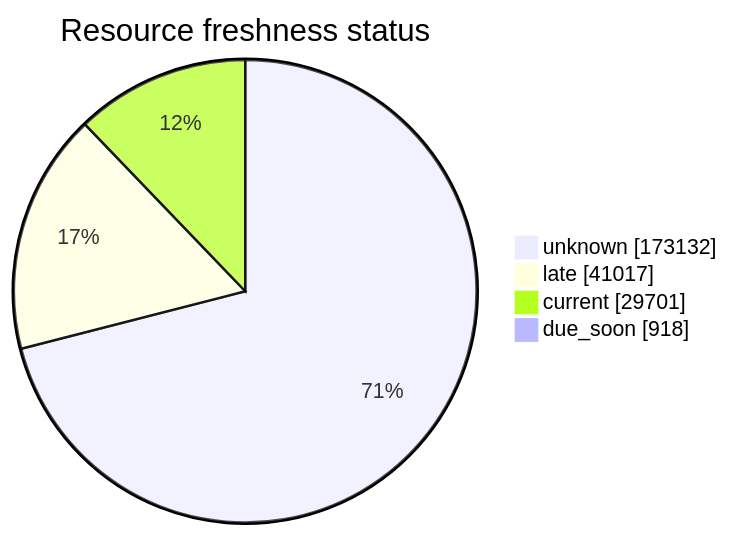
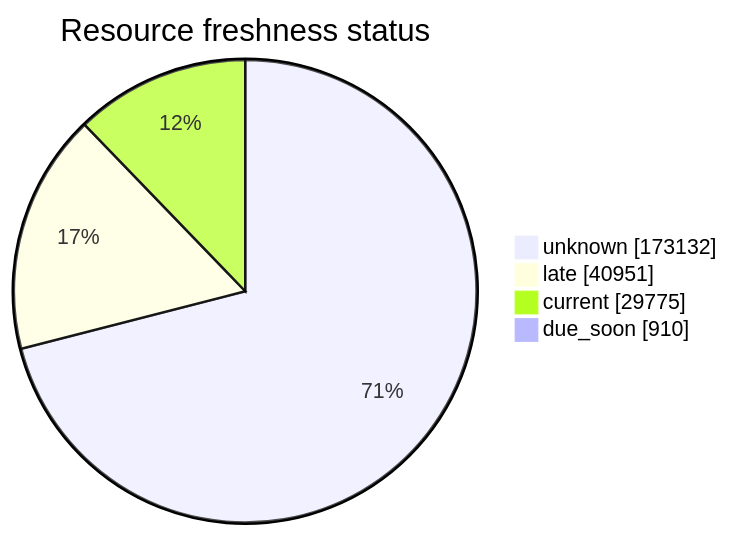
Before and after one commit to open-data/analytics-corporate-reporting: the third of 5 diagrams in FreshCheck/README.md, drawn with Mermaid. The commit also changed other lines of this file and 3 other files, not shown here.

````diff
--- a/FreshCheck/README.md
+++ b/FreshCheck/README.md
@@ -77,7 +77,7 @@
 ```mermaid
 pie showData title Resource freshness status
     "unknown": 173132
-    "late": 41017
-    "current": 29701
-    "due_soon": 918
+    "late": 40951
+    "current": 29775
+    "due_soon": 910
 ```
````
